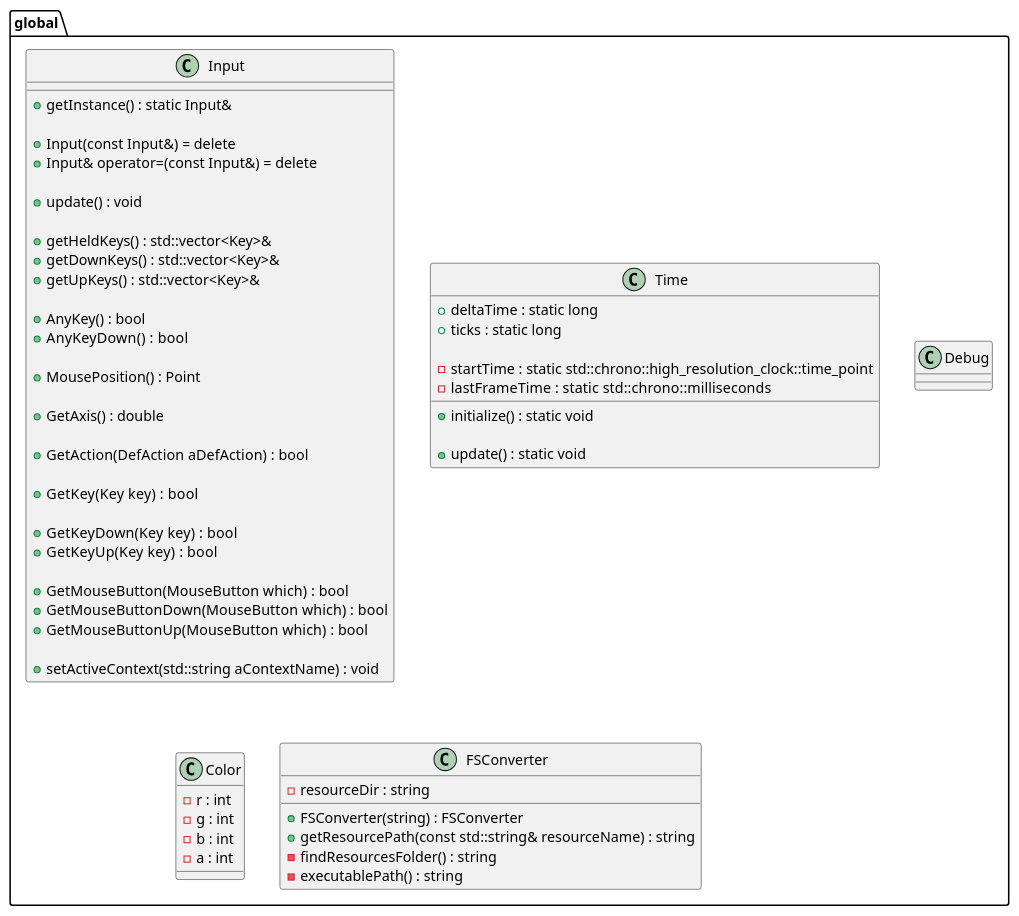
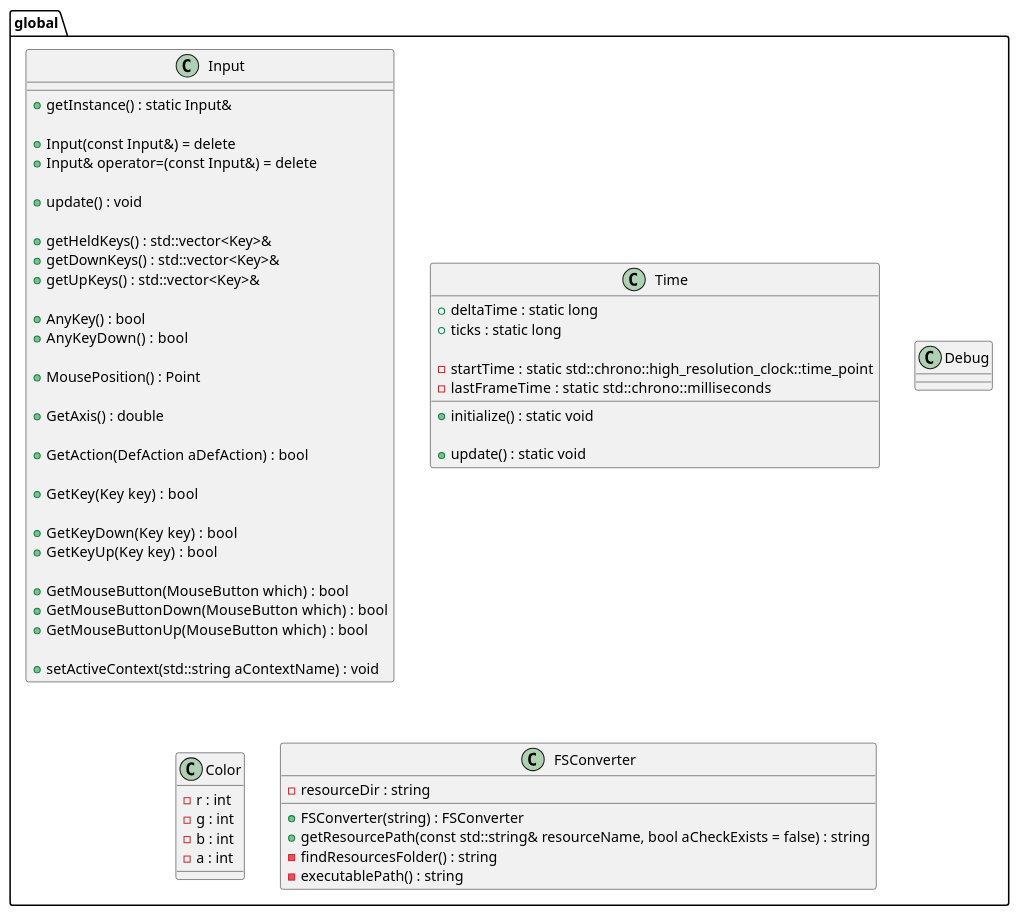
One commit to Seger01/GameEngine changed the diagram in docs/Diagrams/classDiagramPackages/globalPackage.puml. Above: the diagram before and after it, drawn with PlantUML. The commit also changed 2 other files, not shown here.

Commit message:
FSConverter::getResourcePath(): added bool aCheckExists, to allow the user to enable or disable the check if the given path exists

```diff
--- a/docs/Diagrams/classDiagramPackages/globalPackage.puml
+++ b/docs/Diagrams/classDiagramPackages/globalPackage.puml
@@ -1,66 +1,66 @@
 @startuml globalPackageClassDiagram
 package global{
 class Input{
     + getInstance() : static Input&
 
     + Input(const Input&) = delete
     + Input& operator=(const Input&) = delete
 
     + update() : void 
 
     + getHeldKeys() : std::vector<Key>& 
     + getDownKeys() : std::vector<Key>& 
     + getUpKeys() : std::vector<Key>& 
 
     + AnyKey() : bool
     + AnyKeyDown()  : bool 
 
     + MousePosition() : Point 
 
     + GetAxis() : double 
 
     + GetAction(DefAction aDefAction)  : bool 
 
     + GetKey(Key key)  : bool 
 
     + GetKeyDown(Key key)  : bool 
     + GetKeyUp(Key key)  : bool 
 
     + GetMouseButton(MouseButton which)  : bool 
     + GetMouseButtonDown(MouseButton which)  : bool 
     + GetMouseButtonUp(MouseButton which)  : bool 
 
     + setActiveContext(std::string aContextName) : void 
 }
 
 
 class Time{
     + initialize() : static void 
 
     + update() : static void
 
     + deltaTime : static long
     + ticks : static long 
 
     - startTime : static std::chrono::high_resolution_clock::time_point 
     - lastFrameTime :  static std::chrono::milliseconds
 }
 
 class Debug{}
 
 class Color{
     - r : int
     - g : int
     - b : int
     - a : int
 }
 
 class FSConverter {
     + FSConverter(string) : FSConverter
-    + getResourcePath(const std::string& resourceName) : string
+    + getResourcePath(const std::string& resourceName, bool aCheckExists = false) : string
     - findResourcesFolder() : string
     - executablePath() : string
     - resourceDir : string
 }
 }
 @enduml
```
